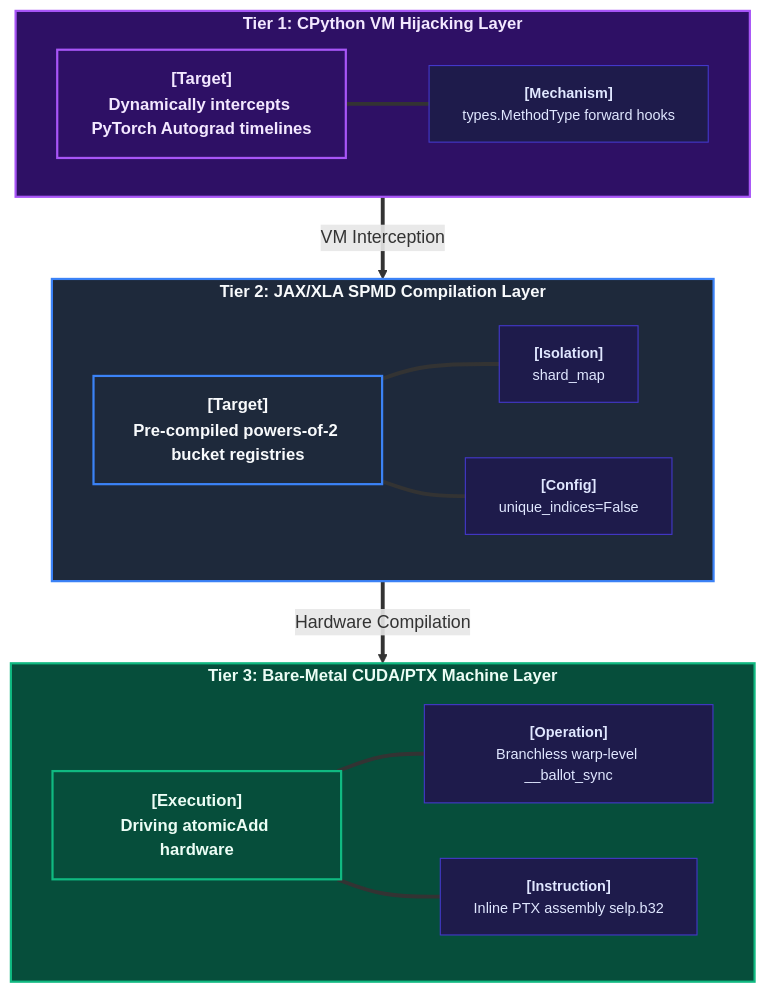
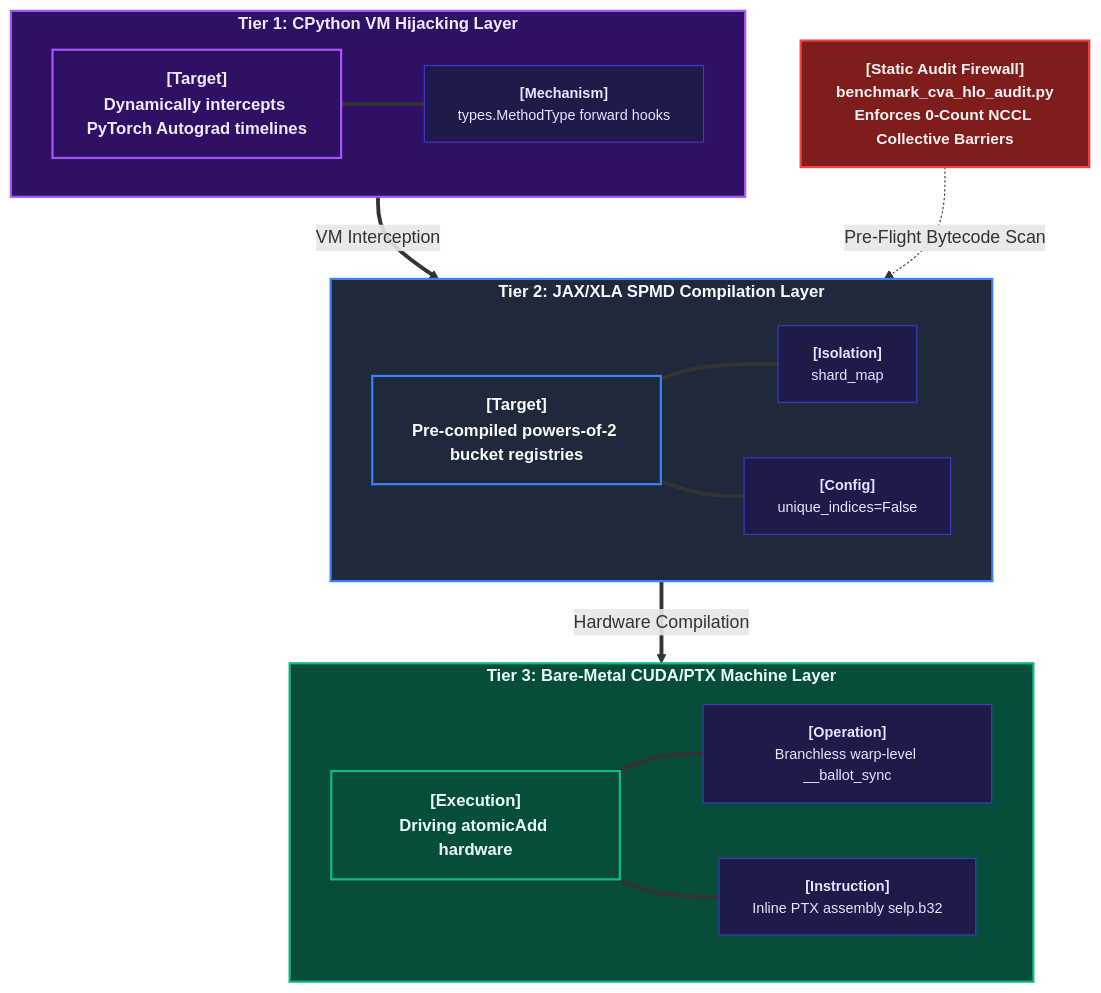
Before and after one commit to PJHkorea/Compressible-Vorticity-Autograd: the diagram in README.md, drawn with Mermaid. The commit also changed other lines of this file, not shown here.

````diff
--- a/README.md
+++ b/README.md
@@ -41,49 +41,66 @@
 ```mermaid
 graph TD
-    %% 스타일 및 가독성 최적화 설정
+    %% Style and Readability Optimization Settings
     classDef t1 fill:#2e1065,stroke:#a855f7,stroke-width:2px,color:#f3e8ff,font-size:15px,font-weight:bold;
     classDef t2 fill:#1e293b,stroke:#3b82f6,stroke-width:2px,color:#f8fafc,font-size:15px,font-weight:bold;
     classDef t3 fill:#064e3b,stroke:#10b981,stroke-width:2px,color:#ecfdf5,font-size:15px,font-weight:bold;
     classDef desc fill:#1e1b4b,stroke:#4338ca,stroke-width:1px,color:#e0e7ff,font-size:13px;
+    classDef guard fill:#7f1d1d,stroke:#ef4444,stroke-width:2px,color:#fef2f2,font-size:14px,font-weight:bold;
 
     %% Tier 1: CPython VM Hijacking Layer
     subgraph T1 [Tier 1: CPython VM Hijacking Layer]
-        Node_T1["<b>[Target]</b><br>Dynamically intercepts PyTorch Autograd timelines"]
-        Hook_T1["<b>[Mechanism]</b><br>types.MethodType forward hooks"]
+        Node_T1["`**[Target]**
+        Dynamically intercepts PyTorch Autograd timelines`"]
+        Hook_T1["`**[Mechanism]**
+        types.MethodType forward hooks`"]
         Node_T1 === Hook_T1
     end
 
     %% Tier 2: JAX/XLA SPMD Compilation Layer
     subgraph T2 [Tier 2: JAX/XLA SPMD Compilation Layer]
-        Node_T2["<b>[Target]</b><br>Pre-compiled powers-of-2 bucket registries"]
-        Map_T2["<b>[Isolation]</b><br>shard_map"]
-        Idx_T2["<b>[Config]</b><br>unique_indices=False"]
+        Node_T2["`**[Target]**
+        Pre-compiled powers-of-2 bucket registries`"]
+        Map_T2["`**[Isolation]**
+        shard_map`"]
+        Idx_T2["`**[Config]**
+        unique_indices=False`"]
         Node_T2 === Map_T2
         Node_T2 === Idx_T2
     end
 
     %% Tier 3: Bare-Metal CUDA/PTX Machine Layer
     subgraph T3 [Tier 3: Bare-Metal CUDA/PTX Machine Layer]
-        Node_T3["<b>[Execution]</b><br>Driving atomicAdd hardware"]
-        Warp_T3["<b>[Operation]</b><br>Branchless warp-level __ballot_sync"]
-        Ptx_T3["<b>[Instruction]</b><br>Inline PTX assembly selp.b32"]
+        Node_T3["`**[Execution]**
+        Driving atomicAdd hardware`"]
+        Warp_T3["`**[Operation]**
+        Branchless warp-level __ballot_sync`"]
+        Ptx_T3["`**[Instruction]**
+        Inline PTX assembly selp.b32`"]
         Node_T3 === Warp_T3
         Node_T3 === Ptx_T3
     end
 
-    %% 레이어 간 직관적인 실행 흐름 연결
+    %% Static Audit Guard Firewall
+    Guard_HLO["`**[Static Audit Firewall]**
+    benchmark_cva_hlo_audit.py
+    Enforces 0-Count NCCL Collective Barriers`"]
+
+    %% Intuitive Execution Flow Connections Between Layers
     T1 ==>|VM Interception| T2
     T2 ==>|Hardware Compilation| T3
+    Guard_HLO -.->|Pre-Flight Bytecode Scan| T2
 
-    %% 클래스 지정
+    %% Class Assignments
     class T1,Node_T1 t1;
     class Hook_T1 desc;
     
     class T2,Node_T2 t2;
     class Map_T2,Idx_T2 desc;
     
     class T3,Node_T3 t3;
     class Warp_T3,Ptx_T3 desc;
+    class Guard_HLO guard;
+
 
 
 ```
````
